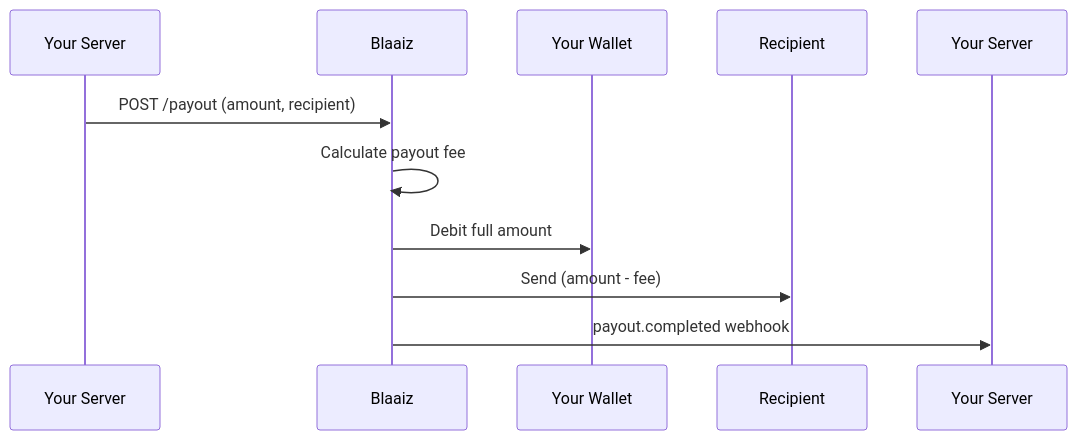
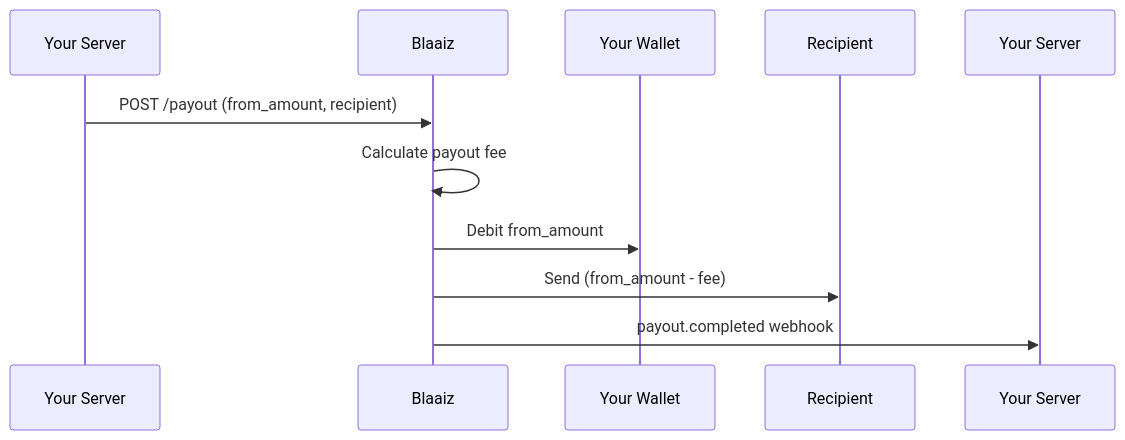
Before and after one commit to Blaaiz/blaaiz-platforms-docs: the fourth of 5 diagrams in guides/money-movement.mdx, drawn with Mermaid. The commit also changed other lines of this file, not shown here.

First line of the commit message:
Use from_amount/to_amount parameter names in payout docs

````diff
--- a/guides/money-movement.mdx
+++ b/guides/money-movement.mdx
@@ -112,14 +119,14 @@
 ```mermaid
 sequenceDiagram
     participant You as Your Server
     participant Blaaiz
     participant Wallet as Your Wallet
     participant Recipient
     participant Webhook as Your Server
 
-    You->>Blaaiz: POST /payout (amount, recipient)
+    You->>Blaaiz: POST /payout (from_amount, recipient)
     Blaaiz->>Blaaiz: Calculate payout fee
-    Blaaiz->>Wallet: Debit full amount
-    Blaaiz->>Recipient: Send (amount - fee)
+    Blaaiz->>Wallet: Debit from_amount
+    Blaaiz->>Recipient: Send (from_amount - fee)
     Blaaiz->>Webhook: payout.completed webhook
 ```
````
